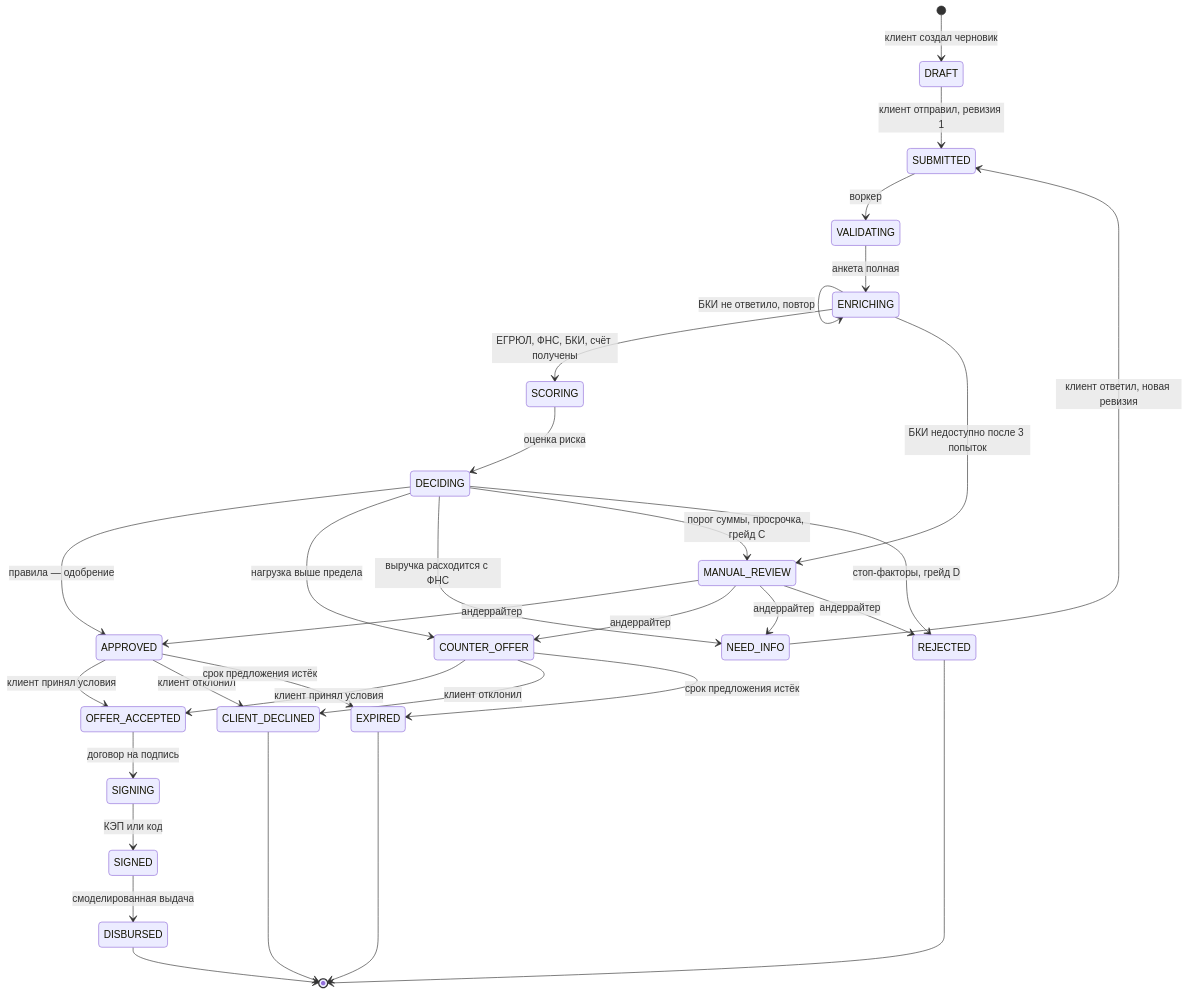
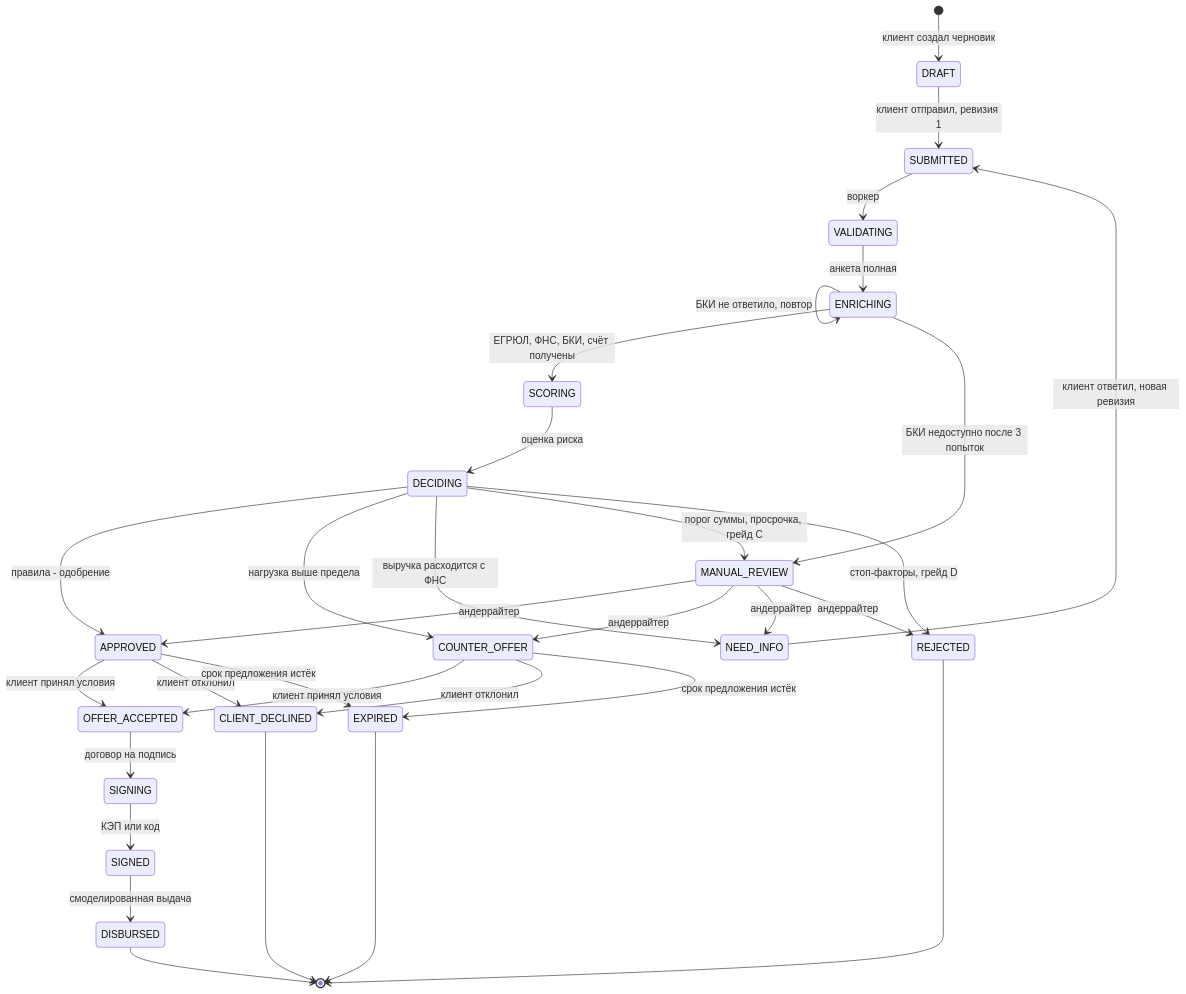
The fourth of 8 diagrams in docs/architecture.md (hugecatdev/alpharay), drawn with Mermaid before and after one commit. The commit also changed other lines of this file and 49 other files, not shown here.

````diff
--- a/docs/architecture.md
+++ b/docs/architecture.md
@@ -158,34 +126,34 @@
 ```mermaid
 stateDiagram-v2
     [*] --> DRAFT: клиент создал черновик
     DRAFT --> SUBMITTED: клиент отправил, ревизия 1
     SUBMITTED --> VALIDATING: воркер
     VALIDATING --> ENRICHING: анкета полная
     ENRICHING --> ENRICHING: БКИ не ответило, повтор
     ENRICHING --> SCORING: ЕГРЮЛ, ФНС, БКИ, счёт получены
     ENRICHING --> MANUAL_REVIEW: БКИ недоступно после 3 попыток
     SCORING --> DECIDING: оценка риска
-    DECIDING --> APPROVED: правила — одобрение
+    DECIDING --> APPROVED: правила - одобрение
     DECIDING --> COUNTER_OFFER: нагрузка выше предела
     DECIDING --> NEED_INFO: выручка расходится с ФНС
     DECIDING --> MANUAL_REVIEW: порог суммы, просрочка, грейд C
     DECIDING --> REJECTED: стоп-факторы, грейд D
     MANUAL_REVIEW --> APPROVED: андеррайтер
     MANUAL_REVIEW --> COUNTER_OFFER: андеррайтер
     MANUAL_REVIEW --> NEED_INFO: андеррайтер
     MANUAL_REVIEW --> REJECTED: андеррайтер
     NEED_INFO --> SUBMITTED: клиент ответил, новая ревизия
     APPROVED --> OFFER_ACCEPTED: клиент принял условия
     COUNTER_OFFER --> OFFER_ACCEPTED: клиент принял условия
     APPROVED --> CLIENT_DECLINED: клиент отклонил
     COUNTER_OFFER --> CLIENT_DECLINED: клиент отклонил
     APPROVED --> EXPIRED: срок предложения истёк
     COUNTER_OFFER --> EXPIRED: срок предложения истёк
     OFFER_ACCEPTED --> SIGNING: договор на подпись
     SIGNING --> SIGNED: КЭП или код
     SIGNED --> DISBURSED: смоделированная выдача
     DISBURSED --> [*]
     REJECTED --> [*]
     CLIENT_DECLINED --> [*]
     EXPIRED --> [*]
 ```
````
